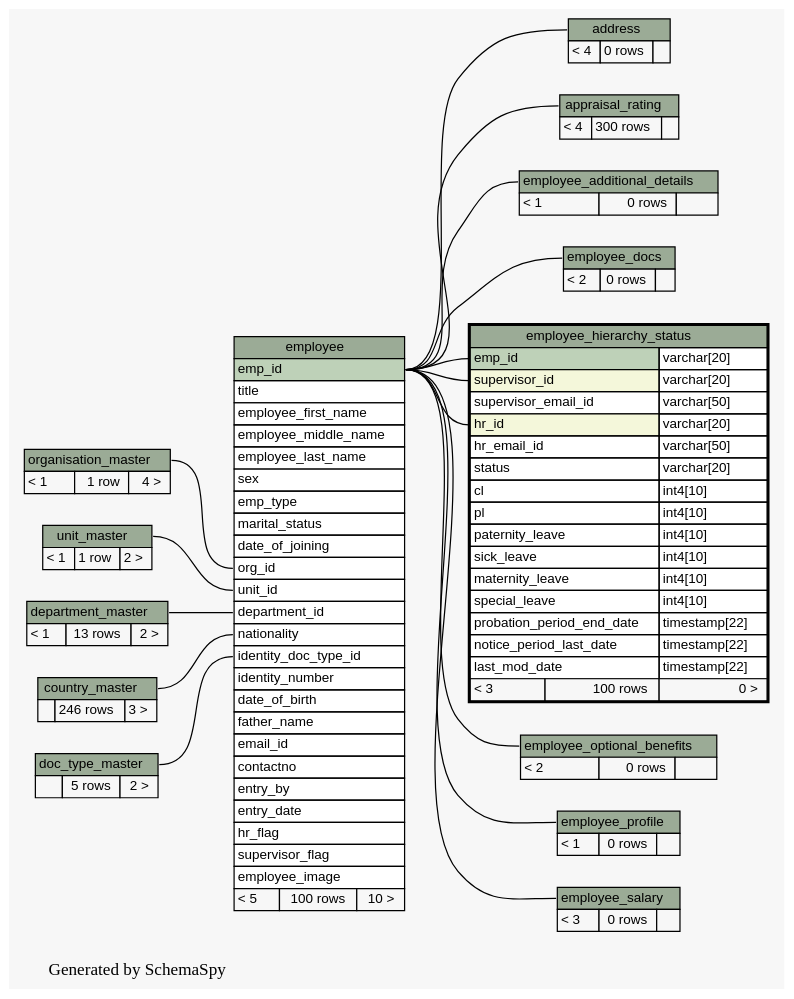
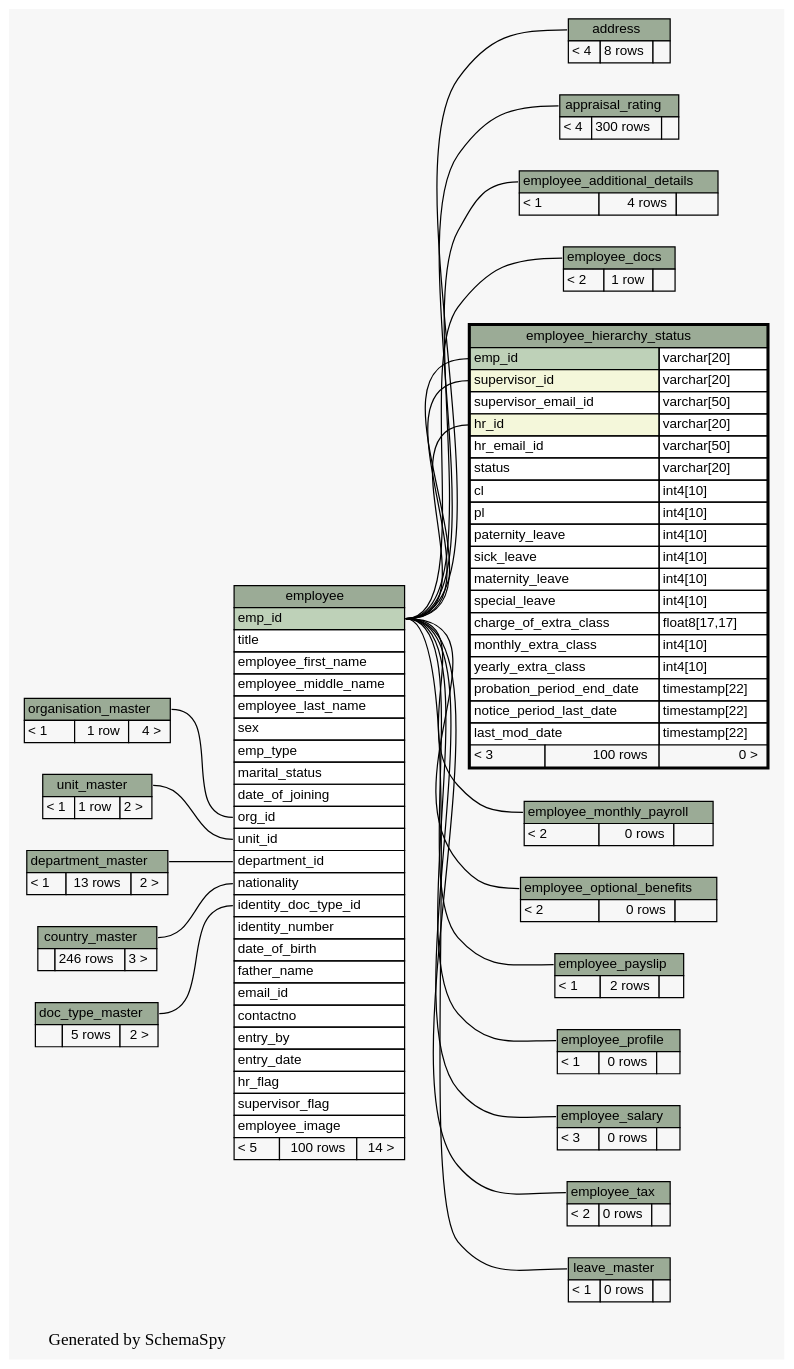
One commit to engineerscraft/hrms changed the diagram in docs/database/schemaspy/graphs/employee_hierarchy_status.2degrees.dot. Above: the diagram before and after it, drawn with Graphviz. The commit also changed 235 other files, not shown here.

Commit message:
Updated schemaspy

```diff
--- a/docs/database/schemaspy/graphs/employee_hierarchy_status.2degrees.dot
+++ b/docs/database/schemaspy/graphs/employee_hierarchy_status.2degrees.dot
@@ -1,4 +1,4 @@
-// dot 2.38.0 on Windows 7 6.1
+// dot 2.38.0 on Windows 8.1 6.3
 digraph "twoDegreesRelationshipsGraph" {
   graph [
     rankdir="RL"
@@ -26,14 +26,18 @@
   "employee_hierarchy_status":"emp_id":w -> "employee":"emp_id":e [arrowtail=tee arrowhead=none];
   "employee_hierarchy_status":"hr_id":w -> "employee":"emp_id":e [arrowtail=crowodot arrowhead=none];
   "employee_hierarchy_status":"supervisor_id":w -> "employee":"emp_id":e [arrowtail=crowodot arrowhead=none];
+  "employee_monthly_payroll":"employee_monthly_payroll.heading":w -> "employee":"emp_id":e [arrowtail=crowodot arrowhead=none];
   "employee_optional_benefits":"employee_optional_benefits.heading":w -> "employee":"emp_id":e [arrowtail=crowodot arrowhead=none];
+  "employee_payslip":"employee_payslip.heading":w -> "employee":"emp_id":e [arrowtail=crowodot arrowhead=none];
   "employee_profile":"employee_profile.heading":w -> "employee":"emp_id":e [arrowtail=tee arrowhead=none];
   "employee_salary":"employee_salary.heading":w -> "employee":"emp_id":e [arrowtail=crowtee arrowhead=none];
+  "employee_tax":"employee_tax.heading":w -> "employee":"emp_id":e [arrowtail=crowtee arrowhead=none];
+  "leave_master":"leave_master.heading":w -> "employee":"emp_id":e [arrowtail=tee arrowhead=none];
   "address" [
     label=<
     <TABLE BORDER="0" CELLBORDER="1" CELLSPACING="0" BGCOLOR="#ffffff">
       <TR><TD PORT="address.heading" COLSPAN="3" BGCOLOR="#9bab96" ALIGN="CENTER">address</TD></TR>
-      <TR><TD ALIGN="LEFT" BGCOLOR="#f7f7f7">&lt; 4</TD><TD ALIGN="RIGHT" BGCOLOR="#f7f7f7">0 rows</TD><TD ALIGN="RIGHT" BGCOLOR="#f7f7f7">  </TD></TR>
+      <TR><TD ALIGN="LEFT" BGCOLOR="#f7f7f7">&lt; 4</TD><TD ALIGN="RIGHT" BGCOLOR="#f7f7f7">8 rows</TD><TD ALIGN="RIGHT" BGCOLOR="#f7f7f7">  </TD></TR>
     </TABLE>>
     URL="address.html#graph"
     tooltip="address"
@@ -102,7 +106,7 @@
       <TR><TD PORT="hr_flag" COLSPAN="3" ALIGN="LEFT">hr_flag</TD></TR>
       <TR><TD PORT="supervisor_flag" COLSPAN="3" ALIGN="LEFT">supervisor_flag</TD></TR>
       <TR><TD PORT="employee_image" COLSPAN="3" ALIGN="LEFT">employee_image</TD></TR>
-      <TR><TD ALIGN="LEFT" BGCOLOR="#f7f7f7">&lt; 5</TD><TD ALIGN="RIGHT" BGCOLOR="#f7f7f7">100 rows</TD><TD ALIGN="RIGHT" BGCOLOR="#f7f7f7">10 &gt;</TD></TR>
+      <TR><TD ALIGN="LEFT" BGCOLOR="#f7f7f7">&lt; 5</TD><TD ALIGN="RIGHT" BGCOLOR="#f7f7f7">100 rows</TD><TD ALIGN="RIGHT" BGCOLOR="#f7f7f7">14 &gt;</TD></TR>
     </TABLE>>
     URL="employee.html#graph"
     tooltip="employee"
@@ -111,7 +115,7 @@
     label=<
     <TABLE BORDER="0" CELLBORDER="1" CELLSPACING="0" BGCOLOR="#ffffff">
       <TR><TD PORT="employee_additional_details.heading" COLSPAN="3" BGCOLOR="#9bab96" ALIGN="CENTER">employee_additional_details</TD></TR>
-      <TR><TD ALIGN="LEFT" BGCOLOR="#f7f7f7">&lt; 1</TD><TD ALIGN="RIGHT" BGCOLOR="#f7f7f7">0 rows</TD><TD ALIGN="RIGHT" BGCOLOR="#f7f7f7">  </TD></TR>
+      <TR><TD ALIGN="LEFT" BGCOLOR="#f7f7f7">&lt; 1</TD><TD ALIGN="RIGHT" BGCOLOR="#f7f7f7">4 rows</TD><TD ALIGN="RIGHT" BGCOLOR="#f7f7f7">  </TD></TR>
     </TABLE>>
     URL="employee_additional_details.html#graph"
     tooltip="employee_additional_details"
@@ -120,7 +124,7 @@
     label=<
     <TABLE BORDER="0" CELLBORDER="1" CELLSPACING="0" BGCOLOR="#ffffff">
       <TR><TD PORT="employee_docs.heading" COLSPAN="3" BGCOLOR="#9bab96" ALIGN="CENTER">employee_docs</TD></TR>
-      <TR><TD ALIGN="LEFT" BGCOLOR="#f7f7f7">&lt; 2</TD><TD ALIGN="RIGHT" BGCOLOR="#f7f7f7">0 rows</TD><TD ALIGN="RIGHT" BGCOLOR="#f7f7f7">  </TD></TR>
+      <TR><TD ALIGN="LEFT" BGCOLOR="#f7f7f7">&lt; 2</TD><TD ALIGN="RIGHT" BGCOLOR="#f7f7f7">1 row</TD><TD ALIGN="RIGHT" BGCOLOR="#f7f7f7">  </TD></TR>
     </TABLE>>
     URL="employee_docs.html#graph"
     tooltip="employee_docs"
@@ -141,6 +145,9 @@
       <TR><TD PORT="sick_leave" COLSPAN="2" ALIGN="LEFT">sick_leave</TD><TD PORT="sick_leave.type" ALIGN="LEFT">int4[10]</TD></TR>
       <TR><TD PORT="maternity_leave" COLSPAN="2" ALIGN="LEFT">maternity_leave</TD><TD PORT="maternity_leave.type" ALIGN="LEFT">int4[10]</TD></TR>
       <TR><TD PORT="special_leave" COLSPAN="2" ALIGN="LEFT">special_leave</TD><TD PORT="special_leave.type" ALIGN="LEFT">int4[10]</TD></TR>
+      <TR><TD PORT="charge_of_extra_class" COLSPAN="2" ALIGN="LEFT">charge_of_extra_class</TD><TD PORT="charge_of_extra_class.type" ALIGN="LEFT">float8[17,17]</TD></TR>
+      <TR><TD PORT="monthly_extra_class" COLSPAN="2" ALIGN="LEFT">monthly_extra_class</TD><TD PORT="monthly_extra_class.type" ALIGN="LEFT">int4[10]</TD></TR>
+      <TR><TD PORT="yearly_extra_class" COLSPAN="2" ALIGN="LEFT">yearly_extra_class</TD><TD PORT="yearly_extra_class.type" ALIGN="LEFT">int4[10]</TD></TR>
       <TR><TD PORT="probation_period_end_date" COLSPAN="2" ALIGN="LEFT">probation_period_end_date</TD><TD PORT="probation_period_end_date.type" ALIGN="LEFT">timestamp[22]</TD></TR>
       <TR><TD PORT="notice_period_last_date" COLSPAN="2" ALIGN="LEFT">notice_period_last_date</TD><TD PORT="notice_period_last_date.type" ALIGN="LEFT">timestamp[22]</TD></TR>
       <TR><TD PORT="last_mod_date" COLSPAN="2" ALIGN="LEFT">last_mod_date</TD><TD PORT="last_mod_date.type" ALIGN="LEFT">timestamp[22]</TD></TR>
@@ -148,6 +155,15 @@
     </TABLE>>
     URL="employee_hierarchy_status.html#"
     tooltip="employee_hierarchy_status"
+  ];
+  "employee_monthly_payroll" [
+    label=<
+    <TABLE BORDER="0" CELLBORDER="1" CELLSPACING="0" BGCOLOR="#ffffff">
+      <TR><TD PORT="employee_monthly_payroll.heading" COLSPAN="3" BGCOLOR="#9bab96" ALIGN="CENTER">employee_monthly_payroll</TD></TR>
+      <TR><TD ALIGN="LEFT" BGCOLOR="#f7f7f7">&lt; 2</TD><TD ALIGN="RIGHT" BGCOLOR="#f7f7f7">0 rows</TD><TD ALIGN="RIGHT" BGCOLOR="#f7f7f7">  </TD></TR>
+    </TABLE>>
+    URL="employee_monthly_payroll.html#graph"
+    tooltip="employee_monthly_payroll"
   ];
   "employee_optional_benefits" [
     label=<
@@ -157,6 +173,15 @@
     </TABLE>>
     URL="employee_optional_benefits.html#graph"
     tooltip="employee_optional_benefits"
+  ];
+  "employee_payslip" [
+    label=<
+    <TABLE BORDER="0" CELLBORDER="1" CELLSPACING="0" BGCOLOR="#ffffff">
+      <TR><TD PORT="employee_payslip.heading" COLSPAN="3" BGCOLOR="#9bab96" ALIGN="CENTER">employee_payslip</TD></TR>
+      <TR><TD ALIGN="LEFT" BGCOLOR="#f7f7f7">&lt; 1</TD><TD ALIGN="RIGHT" BGCOLOR="#f7f7f7">2 rows</TD><TD ALIGN="RIGHT" BGCOLOR="#f7f7f7">  </TD></TR>
+    </TABLE>>
+    URL="employee_payslip.html#graph"
+    tooltip="employee_payslip"
   ];
   "employee_profile" [
     label=<
@@ -175,6 +200,24 @@
     </TABLE>>
     URL="employee_salary.html#graph"
     tooltip="employee_salary"
+  ];
+  "employee_tax" [
+    label=<
+    <TABLE BORDER="0" CELLBORDER="1" CELLSPACING="0" BGCOLOR="#ffffff">
+      <TR><TD PORT="employee_tax.heading" COLSPAN="3" BGCOLOR="#9bab96" ALIGN="CENTER">employee_tax</TD></TR>
+      <TR><TD ALIGN="LEFT" BGCOLOR="#f7f7f7">&lt; 2</TD><TD ALIGN="RIGHT" BGCOLOR="#f7f7f7">0 rows</TD><TD ALIGN="RIGHT" BGCOLOR="#f7f7f7">  </TD></TR>
+    </TABLE>>
+    URL="employee_tax.html#graph"
+    tooltip="employee_tax"
+  ];
+  "leave_master" [
+    label=<
+    <TABLE BORDER="0" CELLBORDER="1" CELLSPACING="0" BGCOLOR="#ffffff">
+      <TR><TD PORT="leave_master.heading" COLSPAN="3" BGCOLOR="#9bab96" ALIGN="CENTER">leave_master</TD></TR>
+      <TR><TD ALIGN="LEFT" BGCOLOR="#f7f7f7">&lt; 1</TD><TD ALIGN="RIGHT" BGCOLOR="#f7f7f7">0 rows</TD><TD ALIGN="RIGHT" BGCOLOR="#f7f7f7">  </TD></TR>
+    </TABLE>>
+    URL="leave_master.html#graph"
+    tooltip="leave_master"
   ];
   "organisation_master" [
     label=<
```
